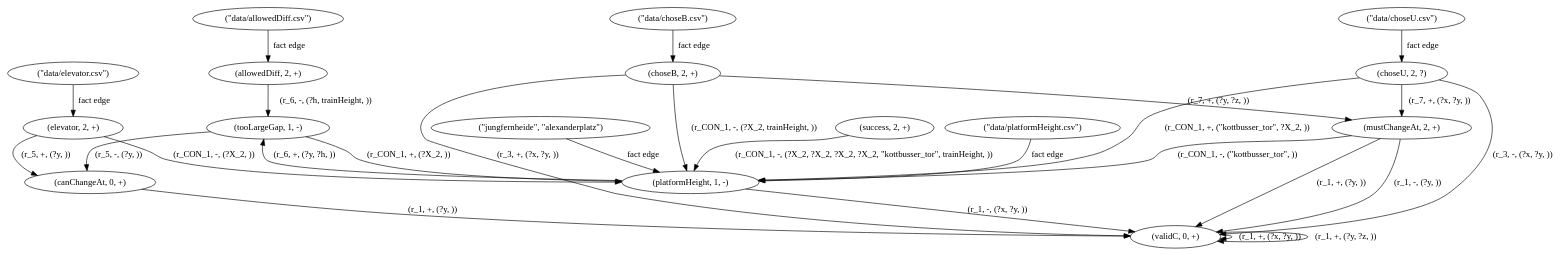
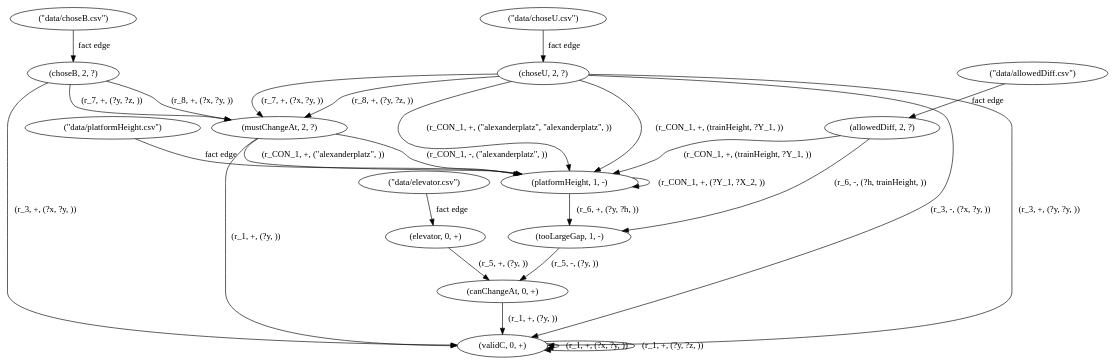
Before and after one commit to Leo-Aus-Berlin/nemo-metamorphic-testing: the diagram in mtf_EXP_20781/debug/9adg_restricted_to_validC.dot, drawn with Graphviz. The commit also changed 87 other files, not shown here.

```diff
--- a/mtf_EXP_20781/debug/9adg_restricted_to_validC.dot
+++ b/mtf_EXP_20781/debug/9adg_restricted_to_validC.dot
@@ -1,44 +1,42 @@
 digraph {
-    0 [ label = "(allowedDiff, 2, +)" ]
+    0 [ label = "(allowedDiff, 2, ?)" ]
     1 [ label = "(canChangeAt, 0, +)" ]
-    2 [ label = "(choseB, 2, +)" ]
+    2 [ label = "(choseB, 2, ?)" ]
     3 [ label = "(choseU, 2, ?)" ]
-    4 [ label = "(elevator, 2, +)" ]
-    5 [ label = "(mustChangeAt, 2, +)" ]
+    4 [ label = "(elevator, 0, +)" ]
+    5 [ label = "(mustChangeAt, 2, ?)" ]
     6 [ label = "(platformHeight, 1, -)" ]
-    8 [ label = "(success, 2, +)" ]
     9 [ label = "(tooLargeGap, 1, -)" ]
     10 [ label = "(validC, 0, +)" ]
     11 [ label = "(\"data/choseU.csv\")" ]
     12 [ label = "(\"data/choseB.csv\")" ]
     13 [ label = "(\"data/elevator.csv\")" ]
     14 [ label = "(\"data/platformHeight.csv\")" ]
     15 [ label = "(\"data/allowedDiff.csv\")" ]
-    16 [ label = "(\"jungfernheide\", \"alexanderplatz\")" ]
     11 -> 3 [ label = "fact edge" ]
     12 -> 2 [ label = "fact edge" ]
     13 -> 4 [ label = "fact edge" ]
     14 -> 6 [ label = "fact edge" ]
     15 -> 0 [ label = "fact edge" ]
     10 -> 10 [ label = "(r_1, +, (?x, ?y, ))" ]
     10 -> 10 [ label = "(r_1, +, (?y, ?z, ))" ]
     5 -> 10 [ label = "(r_1, +, (?y, ))" ]
     1 -> 10 [ label = "(r_1, +, (?y, ))" ]
-    3 -> 6 [ label = "(r_CON_1, +, (\"kottbusser_tor\", ?X_2, ))" ]
-    9 -> 6 [ label = "(r_CON_1, +, (?X_2, ))" ]
-    8 -> 6 [ label = "(r_CON_1, -, (?X_2, ?X_2, ?X_2, ?X_2, \"kottbusser_tor\", trainHeight, ))" ]
+    0 -> 6 [ label = "(r_CON_1, +, (trainHeight, ?Y_1, ))" ]
+    3 -> 6 [ label = "(r_CON_1, +, (trainHeight, ?Y_1, ))" ]
     2 -> 10 [ label = "(r_3, +, (?x, ?y, ))" ]
     3 -> 10 [ label = "(r_3, -, (?x, ?y, ))" ]
-    16 -> 6 [ label = "fact edge" ]
     4 -> 1 [ label = "(r_5, +, (?y, ))" ]
     9 -> 1 [ label = "(r_5, -, (?y, ))" ]
     6 -> 9 [ label = "(r_6, +, (?y, ?h, ))" ]
     0 -> 9 [ label = "(r_6, -, (?h, trainHeight, ))" ]
     3 -> 5 [ label = "(r_7, +, (?x, ?y, ))" ]
     2 -> 5 [ label = "(r_7, +, (?y, ?z, ))" ]
-    5 -> 10 [ label = "(r_1, -, (?y, ))" ]
-    6 -> 10 [ label = "(r_1, -, (?x, ?y, ))" ]
-    2 -> 6 [ label = "(r_CON_1, -, (?X_2, trainHeight, ))" ]
-    5 -> 6 [ label = "(r_CON_1, -, (\"kottbusser_tor\", ))" ]
-    4 -> 6 [ label = "(r_CON_1, -, (?X_2, ))" ]
+    2 -> 5 [ label = "(r_8, +, (?x, ?y, ))" ]
+    3 -> 5 [ label = "(r_8, +, (?y, ?z, ))" ]
+    6 -> 6 [ label = "(r_CON_1, +, (?Y_1, ?X_2, ))" ]
+    5 -> 6 [ label = "(r_CON_1, +, (\"alexanderplatz\", ))" ]
+    3 -> 6 [ label = "(r_CON_1, +, (\"alexanderplatz\", \"alexanderplatz\", ))" ]
+    5 -> 6 [ label = "(r_CON_1, -, (\"alexanderplatz\", ))" ]
+    3 -> 10 [ label = "(r_3, +, (?y, ?y, ))" ]
 }
```
